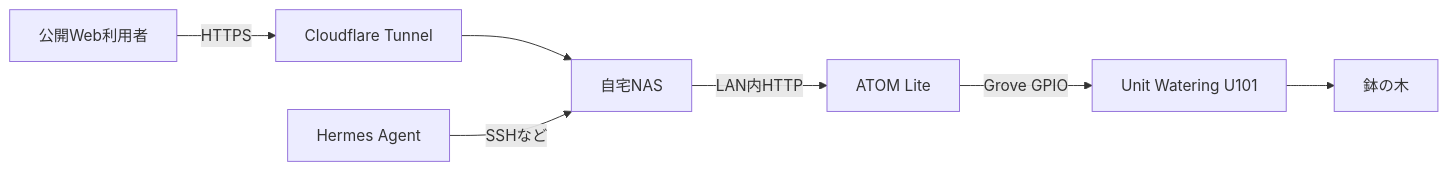
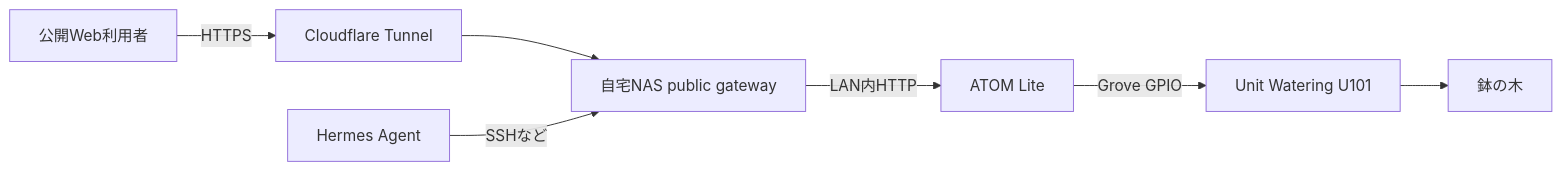
Before and after one commit to kandotrun/tree: the first of 3 diagrams in docs/system-design.md, drawn with Mermaid. The commit also changed 19 other files, not shown here.

````diff
--- a/docs/system-design.md
+++ b/docs/system-design.md
@@ -13,9 +13,9 @@
 ```mermaid
 flowchart LR
     W[公開Web利用者] -->|HTTPS| C[Cloudflare Tunnel]
     C --> M[自宅NAS public gateway]
-    H[Hermes Agent] -->|SSHなど| M[自宅NAS]
+    H[Hermes Agent] -->|SSHなど| M
     M -->|LAN内HTTP| A[ATOM Lite]
     A -->|Grove GPIO| U[Unit Watering U101]
     U --> P[鉢の木]
 ```
````
